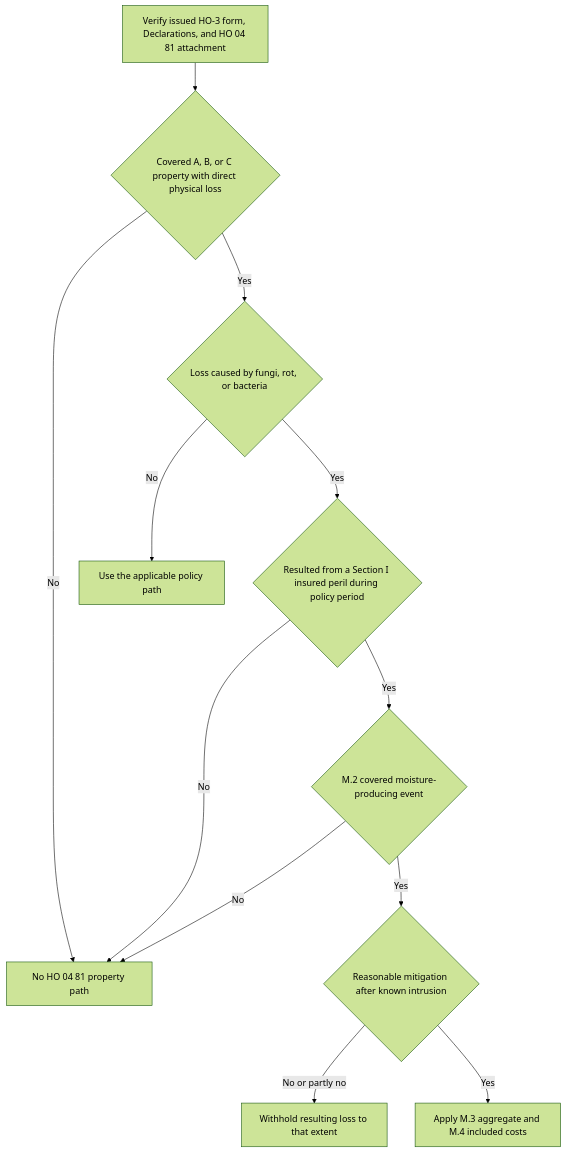
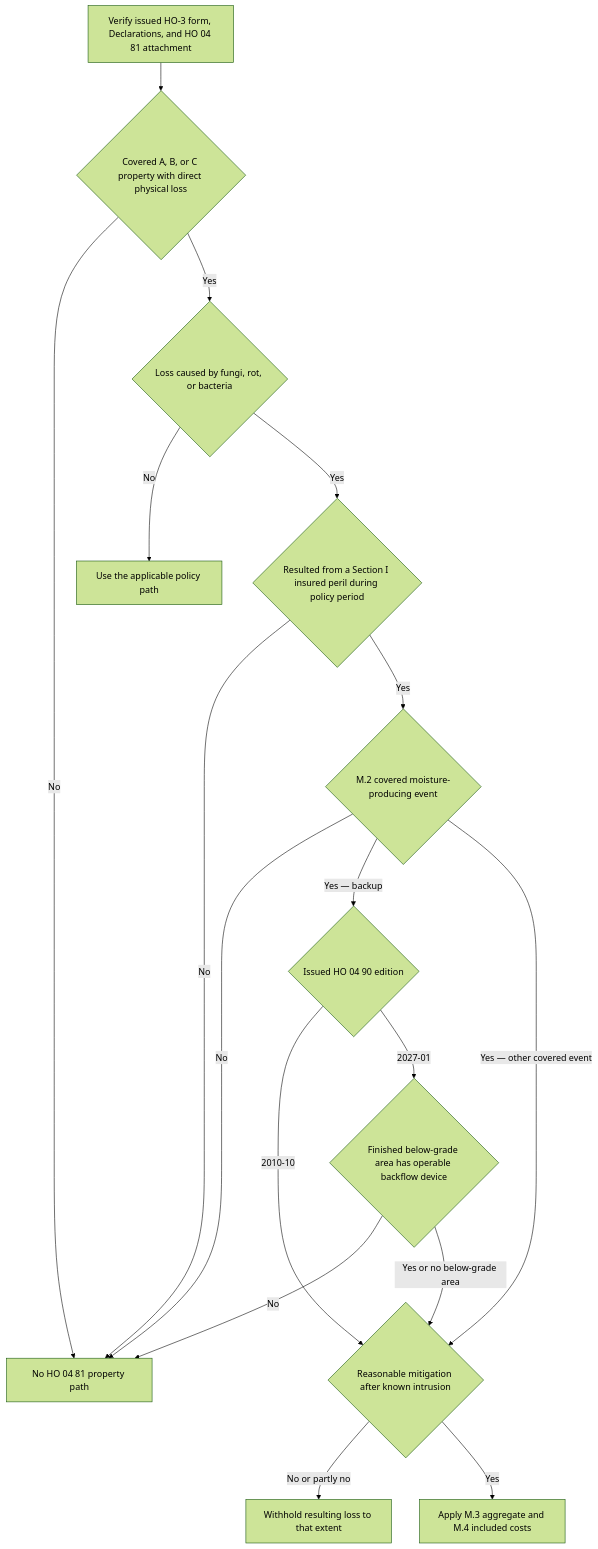
Before and after one commit to eugeneliu-86/openwiki-insurance-corpus: the diagram in openwiki/coverage/property/fungi-rot-and-bacteria.md, drawn with Mermaid (forest theme). The commit also changed other lines of this file and 25 other files, not shown here.

````diff
--- a/openwiki/coverage/property/fungi-rot-and-bacteria.md
+++ b/openwiki/coverage/property/fungi-rot-and-bacteria.md
@@ -39,14 +41,19 @@
 ```mermaid
 flowchart TD
     Record["Verify issued HO-3 form, Declarations, and HO 04 81 attachment"] --> Property{"Covered A, B, or C property with direct physical loss"}
     Property -- "No" --> NoPath["No HO 04 81 property path"]
     Property -- "Yes" --> Condition{"Loss caused by fungi, rot, or bacteria"}
     Condition -- "No" --> OtherPath["Use the applicable policy path"]
     Condition -- "Yes" --> Peril{"Resulted from a Section I insured peril during policy period"}
     Peril -- "No" --> NoPath
     Peril -- "Yes" --> Moisture{"M.2 covered moisture-producing event"}
     Moisture -- "No" --> NoPath
-    Moisture -- "Yes" --> Mitigate{"Reasonable mitigation after known intrusion"}
+    Moisture -- "Yes — backup" --> BackupEdition{"Issued HO 04 90 edition"}
+    BackupEdition -- "2010-10" --> Mitigate{"Reasonable mitigation after known intrusion"}
+    BackupEdition -- "2027-01" --> Device{"Finished below-grade area has operable backflow device"}
+    Device -- "No" --> NoPath
+    Device -- "Yes or no below-grade area" --> Mitigate
+    Moisture -- "Yes — other covered event" --> Mitigate
     Mitigate -- "No or partly no" --> Allocate["Withhold resulting loss to that extent"]
     Mitigate -- "Yes" --> Aggregate["Apply M.3 aggregate and M.4 included costs"]
 ```
````
